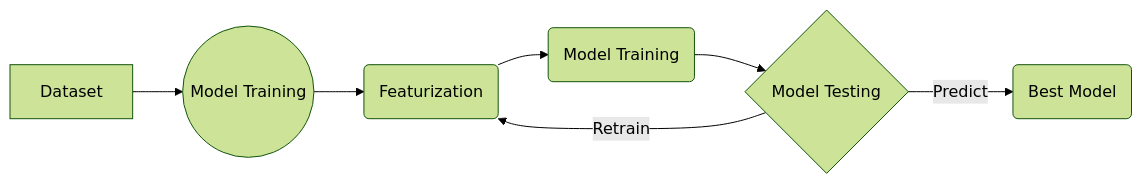
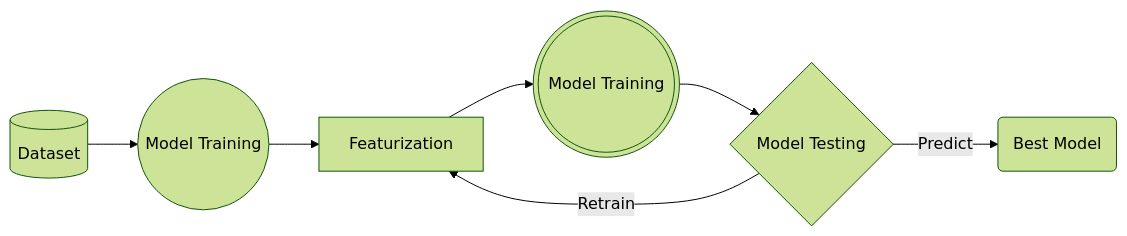
The diagram in README.md (Suddhaswatta/learn-ml), drawn with Mermaid (forest theme) before and after one commit.

````diff
--- a/README.md
+++ b/README.md
@@ -15,11 +15,11 @@
 ```mermaid
 flowchart LR
-    A[Dataset] --> B((Model Training))
-    B --> C(Featurization)
-    C --> D(Model Training)
+    A[(Dataset)] --> B((Model Training))
+    B --> C[Featurization]
+    C --> D(((Model Training)))
     D --> E{Model Testing}
     E --> |Retrain| C
     E --> |Predict| F(Best Model)
    
   
 ```
````
